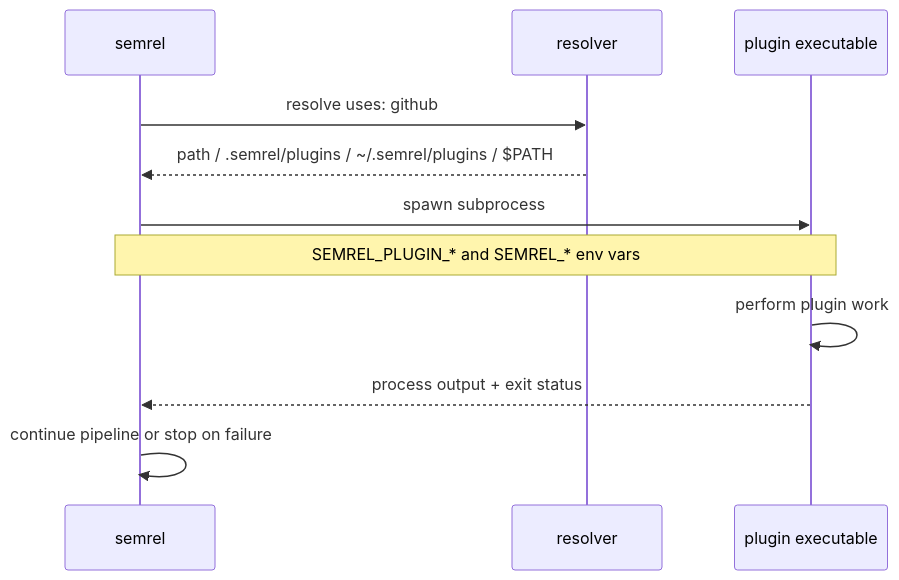
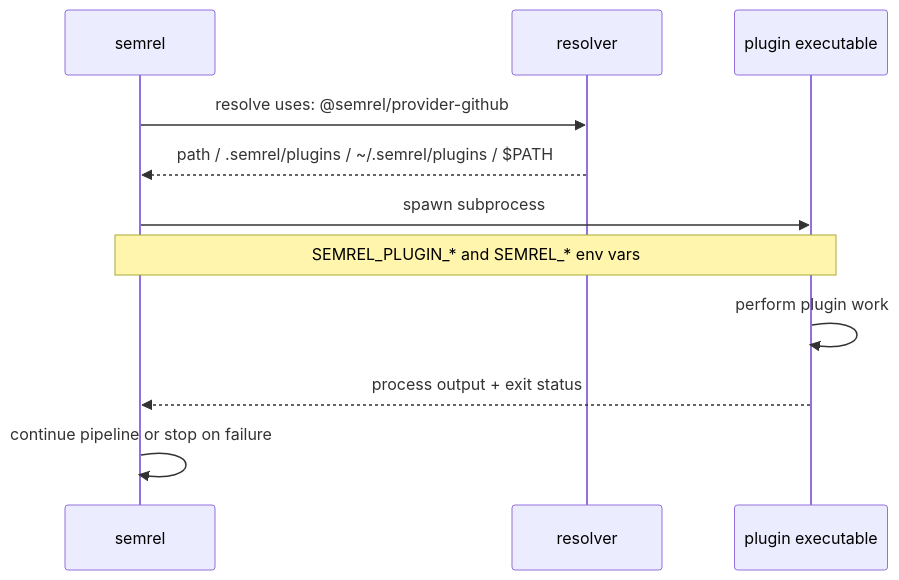
Before and after one commit to SemRels/semrel-docs: the diagram in src/content/docs/de/plugins/overview.mdx, drawn with Mermaid. The commit also changed other lines of this file and 110 other files, not shown here.

````diff
--- a/src/content/docs/de/plugins/overview.mdx
+++ b/src/content/docs/de/plugins/overview.mdx
@@ -128,14 +128,14 @@
 ```mermaid
 sequenceDiagram
     participant S as semrel
     participant R as resolver
     participant P as plugin executable
 
-    S->>R: resolve uses: github
+    S->>R: resolve uses: @semrel/provider-github
     R-->>S: path / .semrel/plugins / ~/.semrel/plugins / $PATH
     S->>P: spawn subprocess
     Note over S,P: SEMREL_PLUGIN_* and SEMREL_* env vars
     P->>P: perform plugin work
     P-->>S: process output + exit status
     S->>S: continue pipeline or stop on failure
 ```
````
